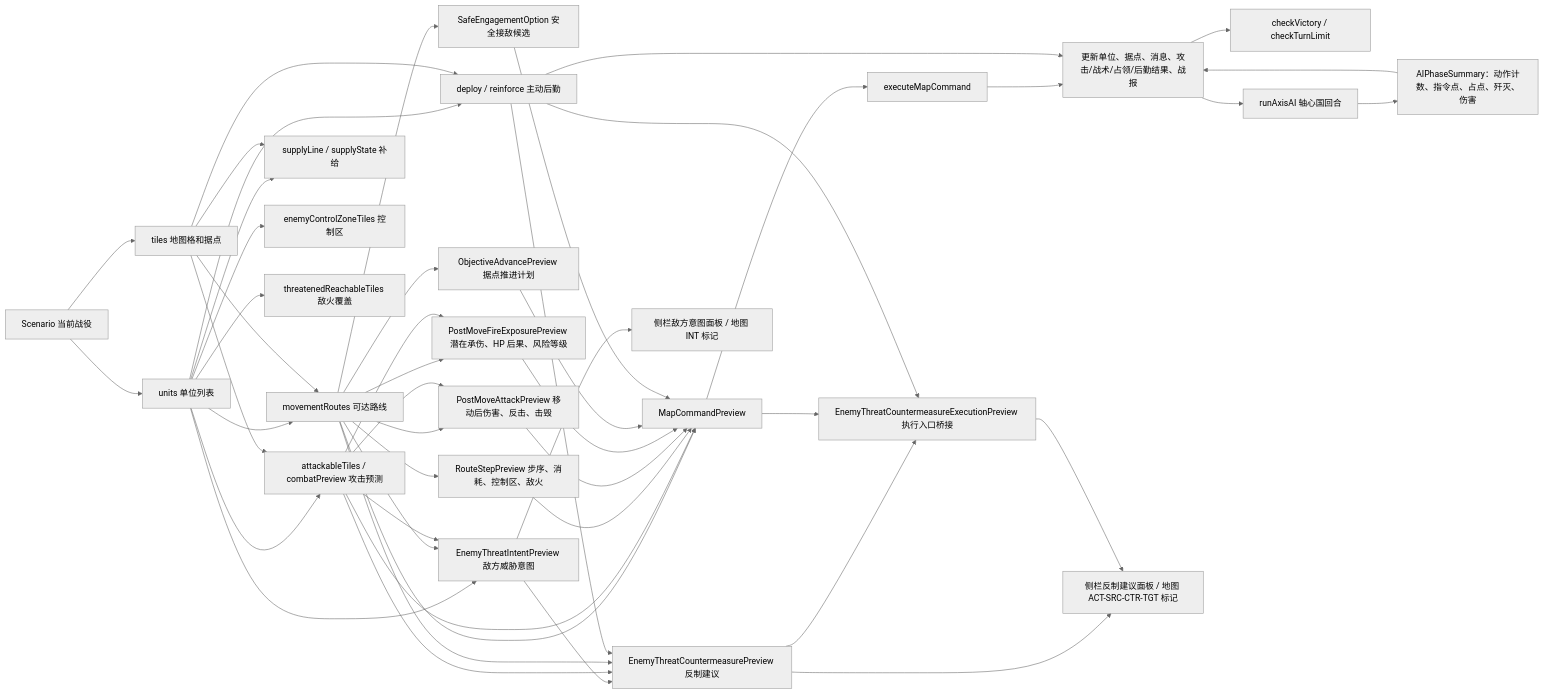
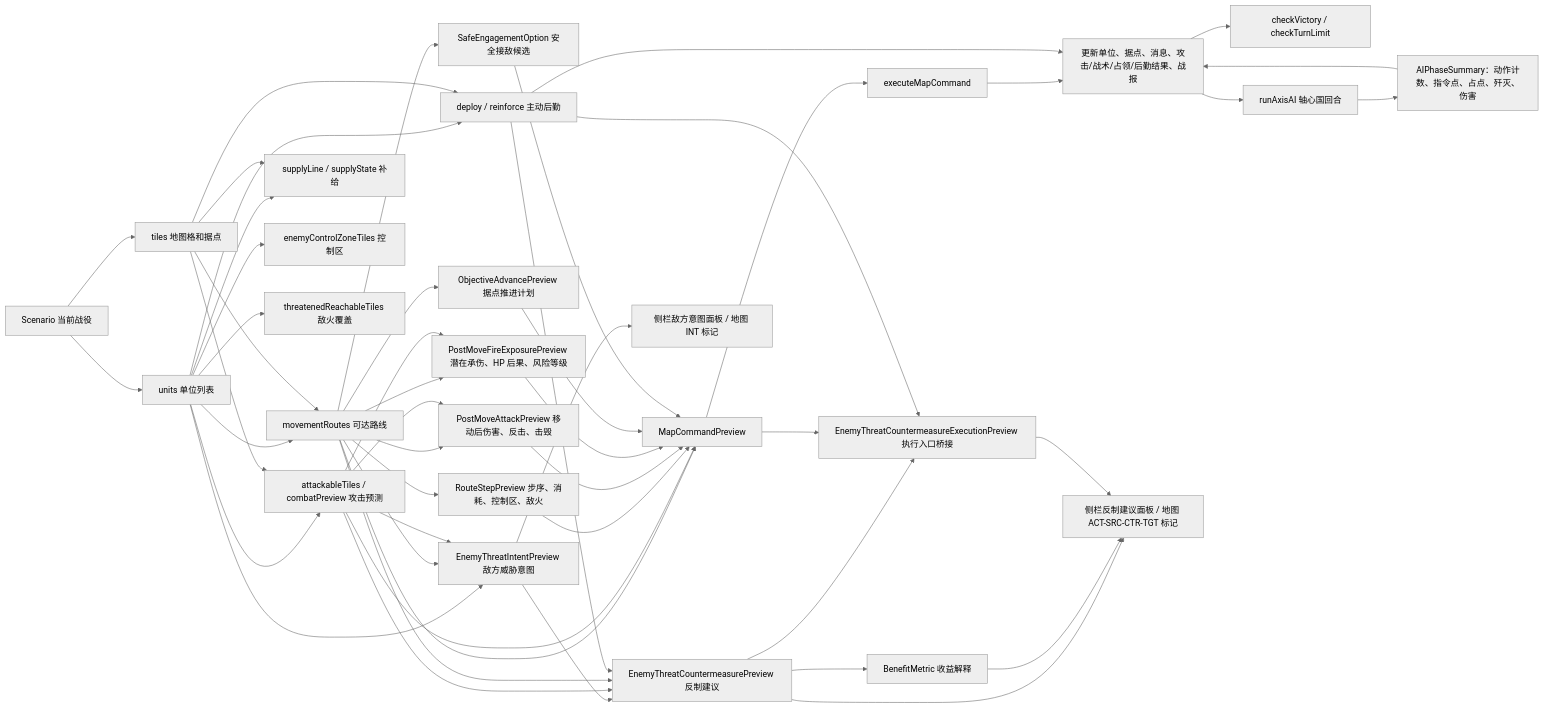
The third of 5 diagrams in md/flow/flowchart.md (Altman-sam114/116), drawn with Mermaid (neutral theme) before and after one commit. The commit also changed other lines of this file and 9 other files, not shown here.

````diff
--- a/md/flow/flowchart.md
+++ b/md/flow/flowchart.md
@@ -62,49 +64,51 @@
 ```mermaid
 flowchart LR
   S["Scenario 当前战役"] --> U["units 单位列表"]
   S --> T["tiles 地图格和据点"]
   U --> MV["movementRoutes 可达路线"]
   T --> MV
   U --> AT["attackableTiles / combatPreview 攻击预测"]
   T --> AT
   U --> SUP["supplyLine / supplyState 补给"]
   T --> SUP
   U --> LOG["deploy / reinforce 主动后勤"]
   T --> LOG
   U --> ZOC["enemyControlZoneTiles 控制区"]
   U --> THR["threatenedReachableTiles 敌火覆盖"]
   U --> INT["EnemyThreatIntentPreview 敌方威胁意图"]
   INT --> CTR["EnemyThreatCountermeasurePreview 反制建议"]
+  CTR --> BM2["BenefitMetric 收益解释"]
   CTR --> EBP["EnemyThreatCountermeasureExecutionPreview 执行入口桥接"]
   MV --> RP["RouteStepPreview 步序、消耗、控制区、敌火"]
   MV --> PM["PostMoveAttackPreview 移动后伤害、反击、击毁"]
   MV --> FP["PostMoveFireExposurePreview 潜在承伤、HP 后果、风险等级"]
   MV --> OP["ObjectiveAdvancePreview 据点推进计划"]
   MV --> SE["SafeEngagementOption 安全接敌候选"]
   MV --> INT
   AT --> PM
   AT --> FP
   AT --> INT
   AT --> CTR
   MV --> CTR
   LOG --> CTR
   CMD --> EBP
   LOG --> EBP
   MV --> CMD["MapCommandPreview"]
   AT --> CMD
   RP --> CMD
   PM --> CMD
   FP --> CMD
   OP --> CMD
   SE --> CMD
   CMD --> EX["executeMapCommand"]
   EX --> RES["更新单位、据点、消息、攻击/战术/占领/后勤结果、战报"]
   LOG --> RES
   RES --> WIN["checkVictory / checkTurnLimit"]
   RES --> AI["runAxisAI 轴心国回合"]
   AI --> AIS["AIPhaseSummary：动作计数、指令点、占点、歼灭、伤害"]
   AIS --> RES
   INT --> UI["侧栏敌方意图面板 / 地图 INT 标记"]
   CTR --> UI2["侧栏反制建议面板 / 地图 ACT-SRC-CTR-TGT 标记"]
+  BM2 --> UI2
   EBP --> UI2
 ```
````
